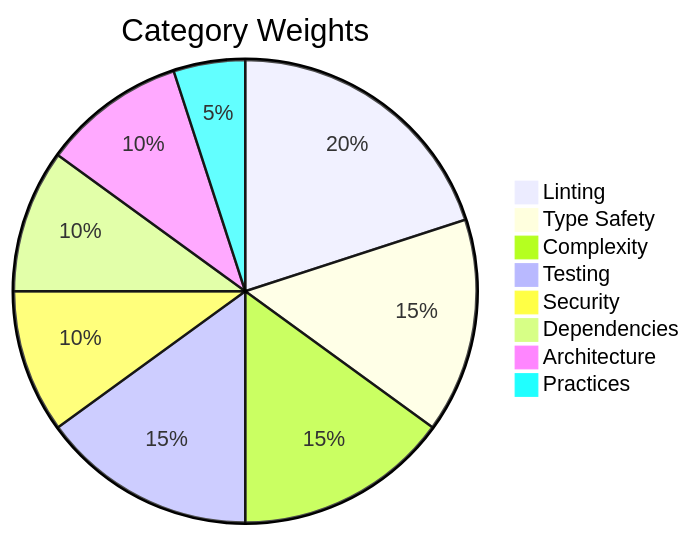
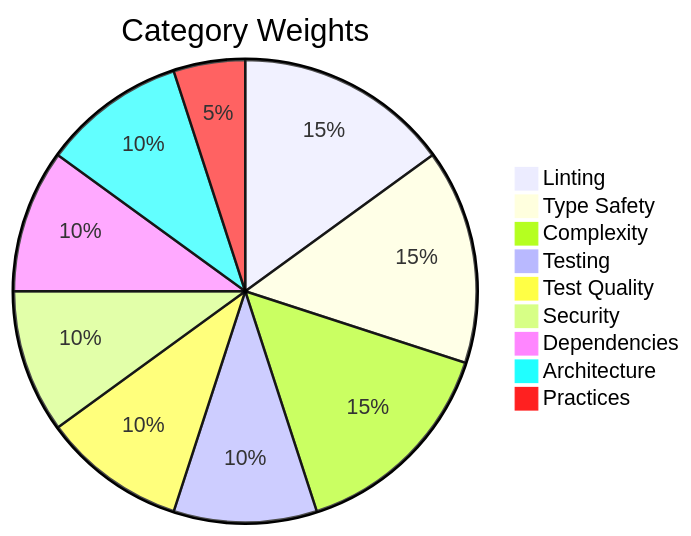
The diagram in packages/axm-audit/docs/explanation/scoring.md (axm-protocols/axm-forge), drawn with Mermaid before and after one commit. The commit also changed other lines of this file and 3 other files, not shown here.

First line of the commit message:
feat(axm-audit): integrate test_quality into composite quality score

````diff
--- a/packages/axm-audit/docs/explanation/scoring.md
+++ b/packages/axm-audit/docs/explanation/scoring.md
@@ -21,11 +22,12 @@
 ```mermaid
 pie title Category Weights
-    "Linting" : 20
+    "Linting" : 15
     "Type Safety" : 15
     "Complexity" : 15
-    "Testing" : 15
+    "Testing" : 10
+    "Test Quality" : 10
     "Security" : 10
     "Dependencies" : 10
     "Architecture" : 10
     "Practices" : 5
 ```
````
